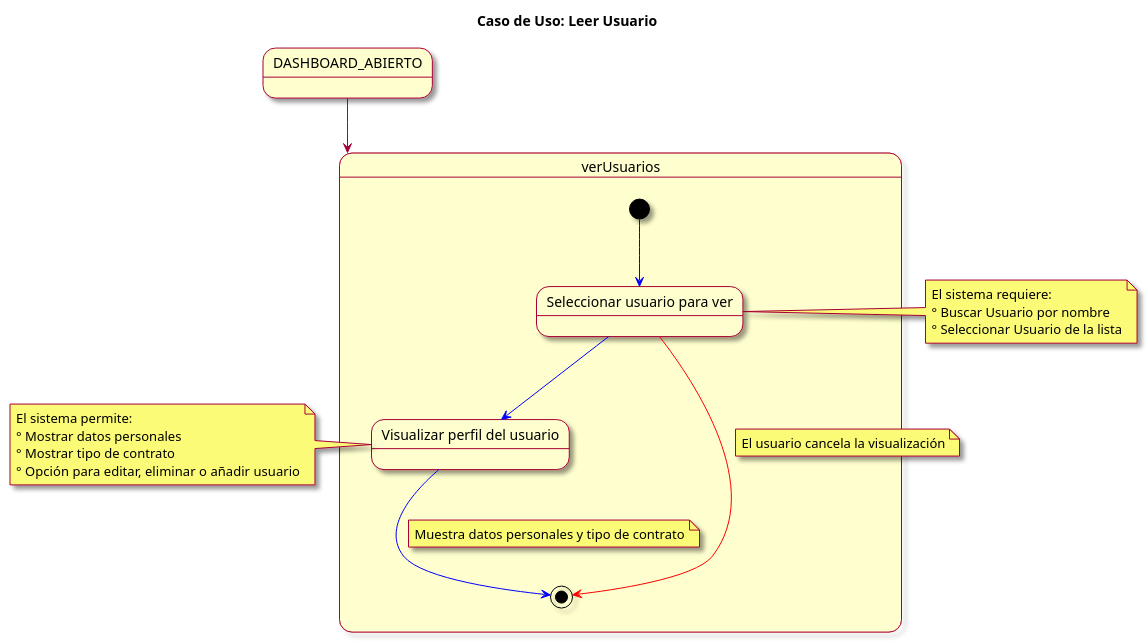
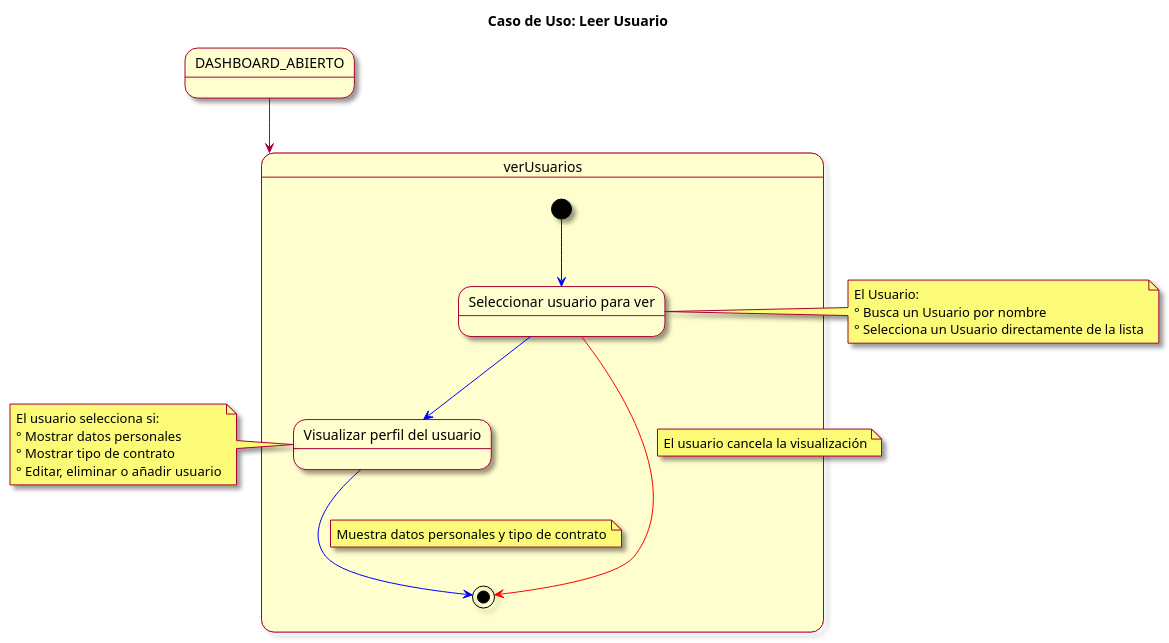
One commit to mmasias/23-24-IdSw1-SDR changed the diagram in modelosUML/casosDeUso/detalles/verUsuario.puml. Above: the diagram before and after it, drawn with PlantUML.

Commit message:
Update verUsuario.puml
cambio en el caso de uso

```diff
--- a/modelosUML/casosDeUso/detalles/verUsuario.puml
+++ b/modelosUML/casosDeUso/detalles/verUsuario.puml
@@ -1,34 +1,34 @@
 @startuml
 skin rose
 title Caso de Uso: Leer Usuario
 
 state DASHBOARD_ABIERTO
 
 DASHBOARD_ABIERTO --> verUsuarios
 
 state verUsuarios {
   [*] -[#blue]-> seleccionarUsuario
   state "Seleccionar usuario para ver" as seleccionarUsuario
   seleccionarUsuario -[#blue]-> visualizarPerfil
   state "Visualizar perfil del usuario" as visualizarPerfil
   visualizarPerfil -[#blue]-> [*]
   note on link: Muestra datos personales y tipo de contrato
   
   seleccionarUsuario -[#red]-> [*]
   note on link: El usuario cancela la visualización
 }
 
 note left of visualizarPerfil
-  El sistema permite:
+  El usuario selecciona si:
   ° Mostrar datos personales
   ° Mostrar tipo de contrato
-  ° Opción para editar, eliminar o añadir usuario
+  ° Editar, eliminar o añadir usuario
 end note
 
 note left of seleccionarUsuario
-  El sistema requiere:
-  ° Buscar Usuario por nombre
-  ° Seleccionar Usuario de la lista
+  El Usuario:
+  ° Busca un Usuario por nombre
+  ° Selecciona un Usuario directamente de la lista
 end note
 
 @enduml
```
